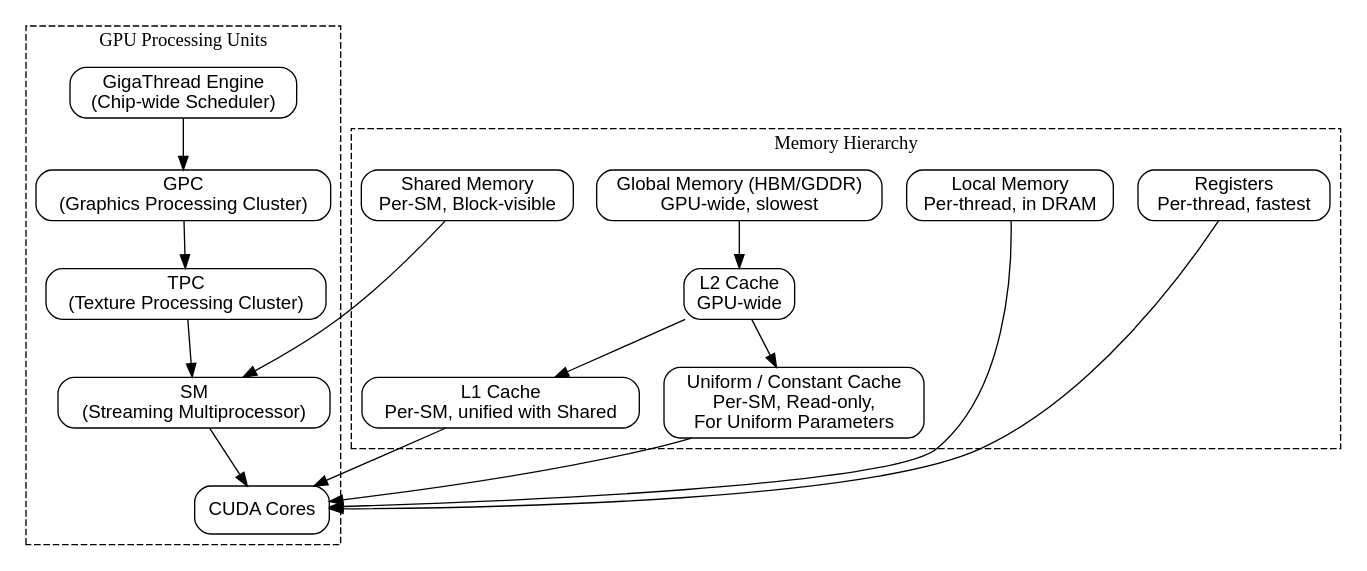
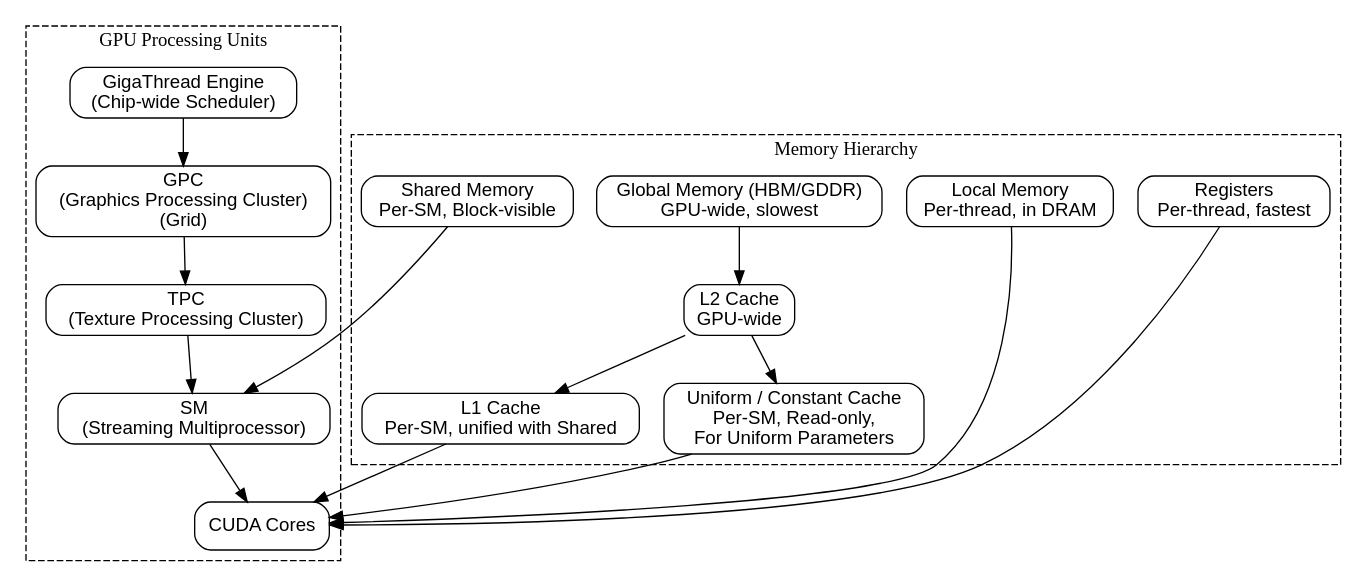
Before and after one commit to Jonathan2251/gpu: the diagram in Fig/hw/mem-hierarchy.gv, drawn with Graphviz. The commit also changed 8 other files, not shown here.

```diff
--- a/Fig/hw/mem-hierarchy.gv
+++ b/Fig/hw/mem-hierarchy.gv
@@ -1,48 +1,48 @@
 digraph GPU_Memory_Hierarchy {
     rankdir=TB;
     node [shape=box, style=rounded, fontname="Helvetica"];
 
     // Processing hierarchy
     GigaThread [label="GigaThread Engine\n(Chip-wide Scheduler)"];
-    GPC [label="GPC\n(Graphics Processing Cluster)"];
+    GPC [label="GPC\n(Graphics Processing Cluster)\n(Grid)"];
     TPC [label="TPC\n(Texture Processing Cluster)"];
     SM [label="SM\n(Streaming Multiprocessor)"];
     Core [label="CUDA Cores"];
 
     // Memory hierarchy
     Global [label="Global Memory (HBM/GDDR)\nGPU-wide, slowest"];
     L2 [label="L2 Cache\nGPU-wide"];
     L1 [label="L1 Cache\nPer-SM, unified with Shared"];
     Uniform [label="Uniform / Constant Cache\nPer-SM, Read-only,\nFor Uniform Parameters"];
     Shared [label="Shared Memory\nPer-SM, Block-visible"];
     Local [label="Local Memory\nPer-thread, in DRAM"];
     Reg [label="Registers\nPer-thread, fastest"];
 
     // Hierarchy connections
     GigaThread -> GPC -> TPC -> SM -> Core;
 
     // Memory hierarchy connections
     Global -> L2;
     L2 -> L1;
     L2 -> Uniform;
 
     L1 -> Core;
     Uniform -> Core;
 
     Shared -> SM;
     Reg -> Core;
     Local -> Core;
 
     // Styling groups
     subgraph cluster_gpu {
         label="GPU Processing Units";
         style=dashed;
         GigaThread; GPC; TPC; SM; Core;
     }
 
     subgraph cluster_mem {
         label="Memory Hierarchy";
         style=dashed;
         Global; L2; L1; Uniform, Shared; Local; Reg;
     }
 }
```
